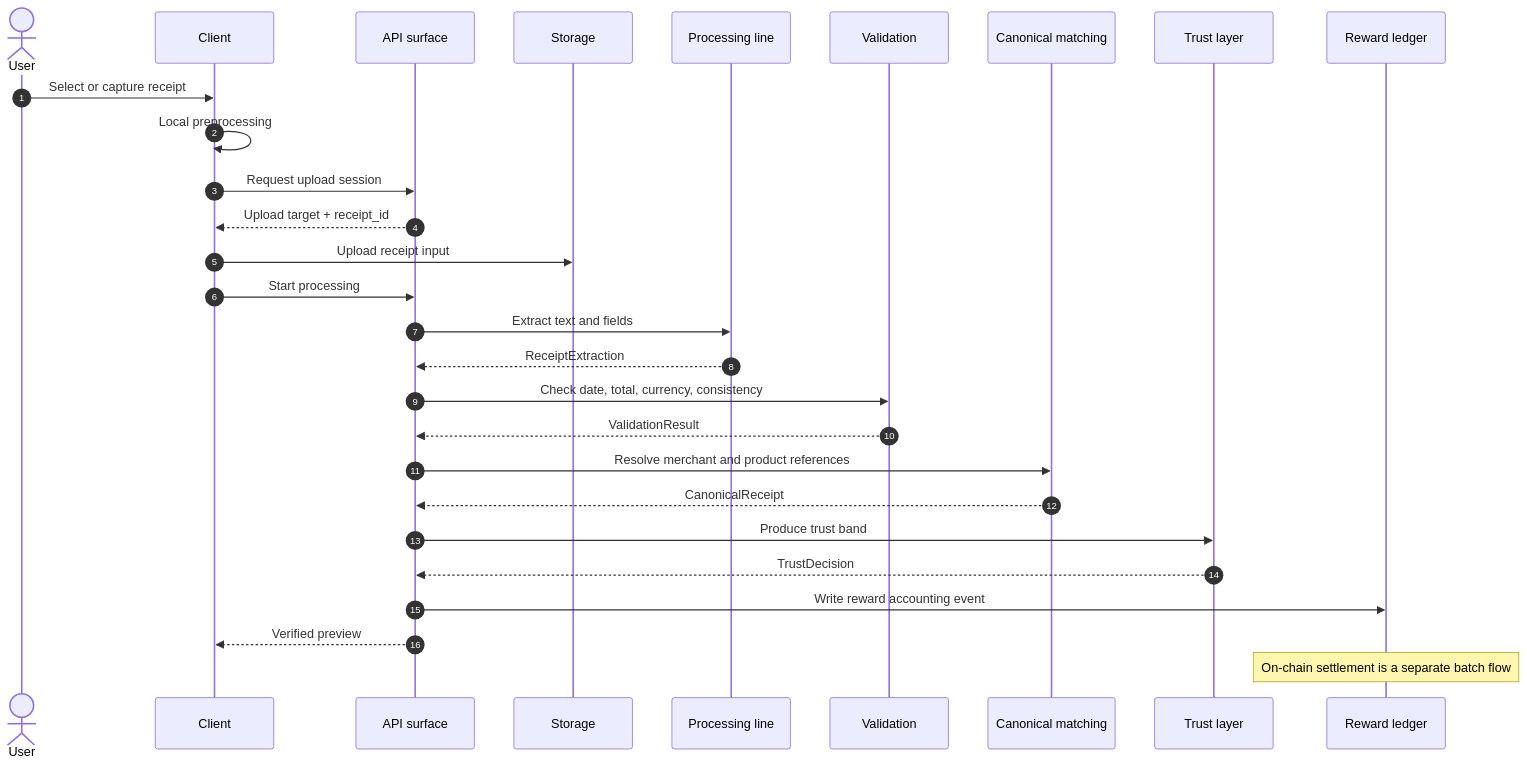
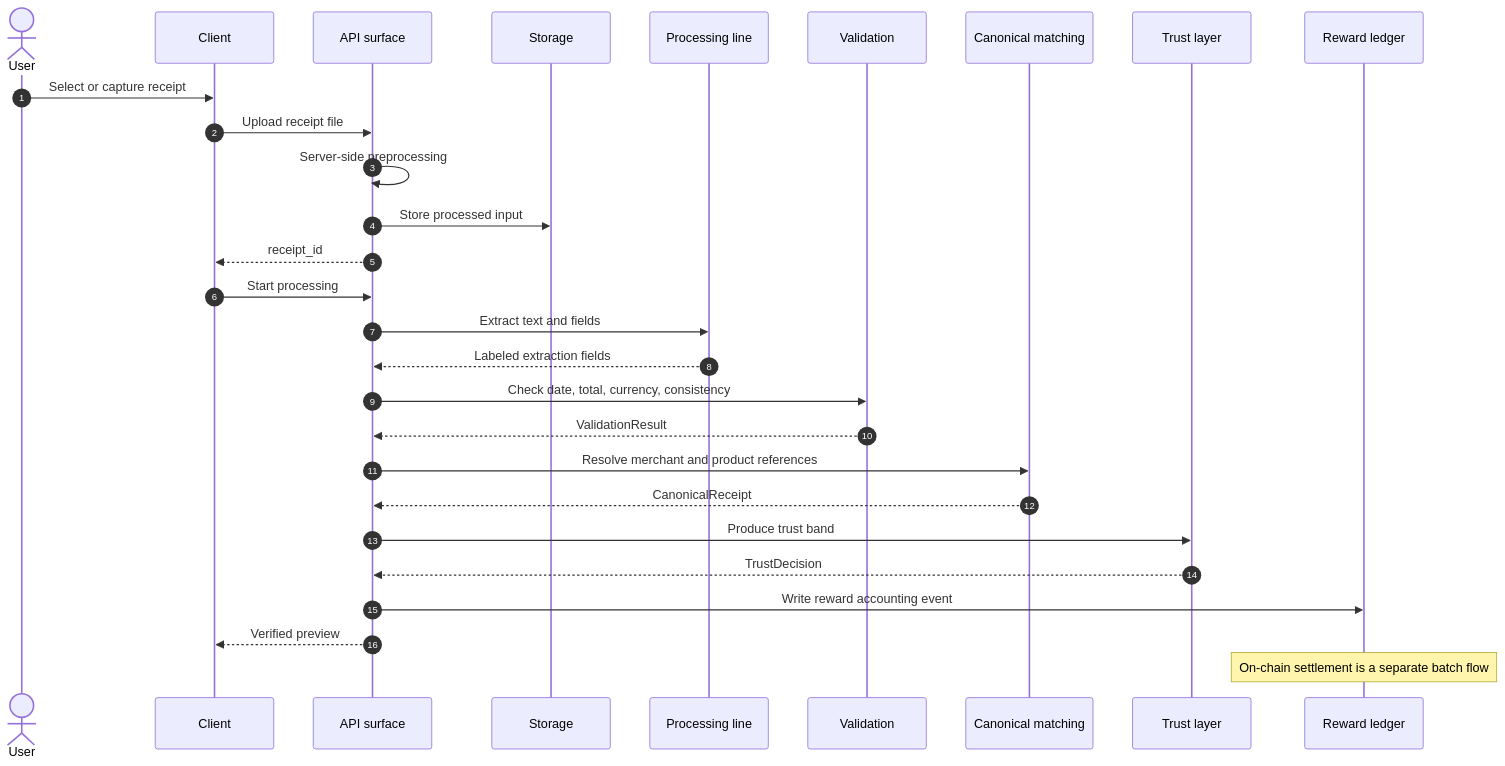
Before and after one commit to Yumo-Yumo-Inc/yumoyumohq: the diagram in content/technical-paper/en/02-receipt-pipeline/01-overview.md, drawn with Mermaid. The commit also changed 1048 other files, not shown here.

````diff
--- a/content/technical-paper/en/02-receipt-pipeline/01-overview.md
+++ b/content/technical-paper/en/02-receipt-pipeline/01-overview.md
@@ -19,31 +19,31 @@
 ```mermaid
 sequenceDiagram
     autonumber
     actor U as User
     participant C as Client
     participant API as API surface
     participant S as Storage
     participant P as Processing line
     participant V as Validation
     participant M as Canonical matching
     participant T as Trust layer
     participant L as Reward ledger
 
     U->>C: Select or capture receipt
-    C->>C: Local preprocessing
-    C->>API: Request upload session
-    API-->>C: Upload target + receipt_id
-    C->>S: Upload receipt input
+    C->>API: Upload receipt file
+    API->>API: Server-side preprocessing
+    API->>S: Store processed input
+    API-->>C: receipt_id
     C->>API: Start processing
     API->>P: Extract text and fields
-    P-->>API: ReceiptExtraction
+    P-->>API: Labeled extraction fields
     API->>V: Check date, total, currency, consistency
     V-->>API: ValidationResult
     API->>M: Resolve merchant and product references
     M-->>API: CanonicalReceipt
     API->>T: Produce trust band
     T-->>API: TrustDecision
     API->>L: Write reward accounting event
     API-->>C: Verified preview
     Note over L: On-chain settlement is a separate batch flow
 ```
````
